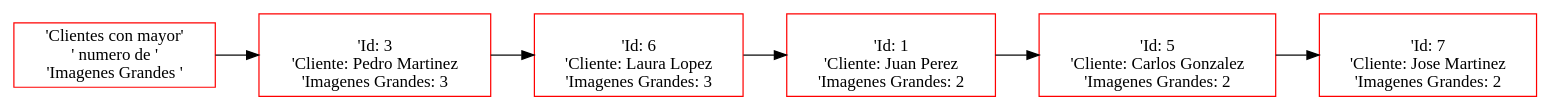
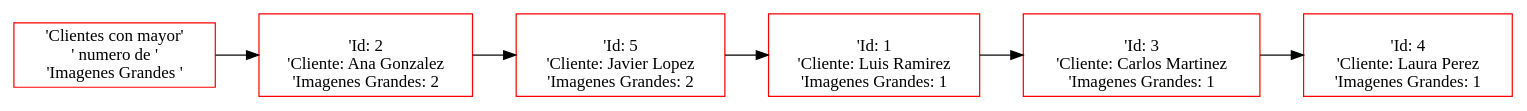
Before and after one commit to FranklinONP/EDD_PROYECTO_202200089: the diagram in Proyecto1/Proyecto1_202200089/Pruebas/PJ/Max.dot, drawn with Graphviz. The commit also changed 26 other files, not shown here.

```diff
--- a/Proyecto1/Proyecto1_202200089/Pruebas/PJ/Max.dot
+++ b/Proyecto1/Proyecto1_202200089/Pruebas/PJ/Max.dot
@@ -1,14 +1,14 @@
  digraph G {
  rankdir=LR;
  node0 [label=" 'Clientes con mayor'\n' numero de '\n'Imagenes Grandes '",  color="red", shape="rectangle"];
- node1 [label=" \n'Id: 3\n'Cliente: Pedro Martinez\n'Imagenes Grandes: 3", color="red", shape="rectangle"];
+ node1 [label=" \n'Id: 2\n'Cliente: Ana Gonzalez\n'Imagenes Grandes: 2", color="red", shape="rectangle"];
  node0 -> node1 [dir="forward"];
- node2 [label=" \n'Id: 6\n'Cliente: Laura Lopez\n'Imagenes Grandes: 3", color="red", shape="rectangle"];
+ node2 [label=" \n'Id: 5\n'Cliente: Javier Lopez\n'Imagenes Grandes: 2", color="red", shape="rectangle"];
  node1 -> node2 [dir="forward"];
- node3 [label=" \n'Id: 1\n'Cliente: Juan Perez\n'Imagenes Grandes: 2", color="red", shape="rectangle"];
+ node3 [label=" \n'Id: 1\n'Cliente: Luis Ramirez\n'Imagenes Grandes: 1", color="red", shape="rectangle"];
  node2 -> node3 [dir="forward"];
- node4 [label=" \n'Id: 5\n'Cliente: Carlos Gonzalez\n'Imagenes Grandes: 2", color="red", shape="rectangle"];
+ node4 [label=" \n'Id: 3\n'Cliente: Carlos Martinez\n'Imagenes Grandes: 1", color="red", shape="rectangle"];
  node3 -> node4 [dir="forward"];
- node5 [label=" \n'Id: 7\n'Cliente: Jose Martinez\n'Imagenes Grandes: 2", color="red", shape="rectangle"];
+ node5 [label=" \n'Id: 4\n'Cliente: Laura Perez\n'Imagenes Grandes: 1", color="red", shape="rectangle"];
  node4 -> node5 [dir="forward"];
  }
```
